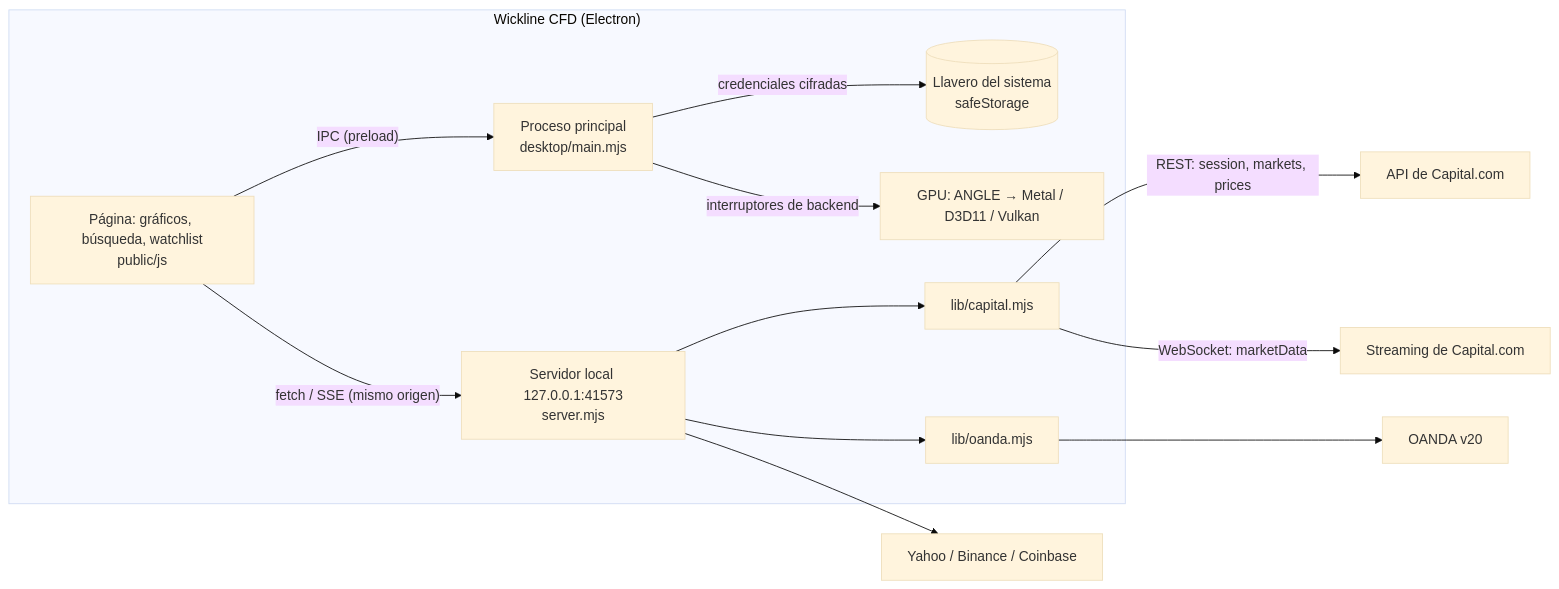
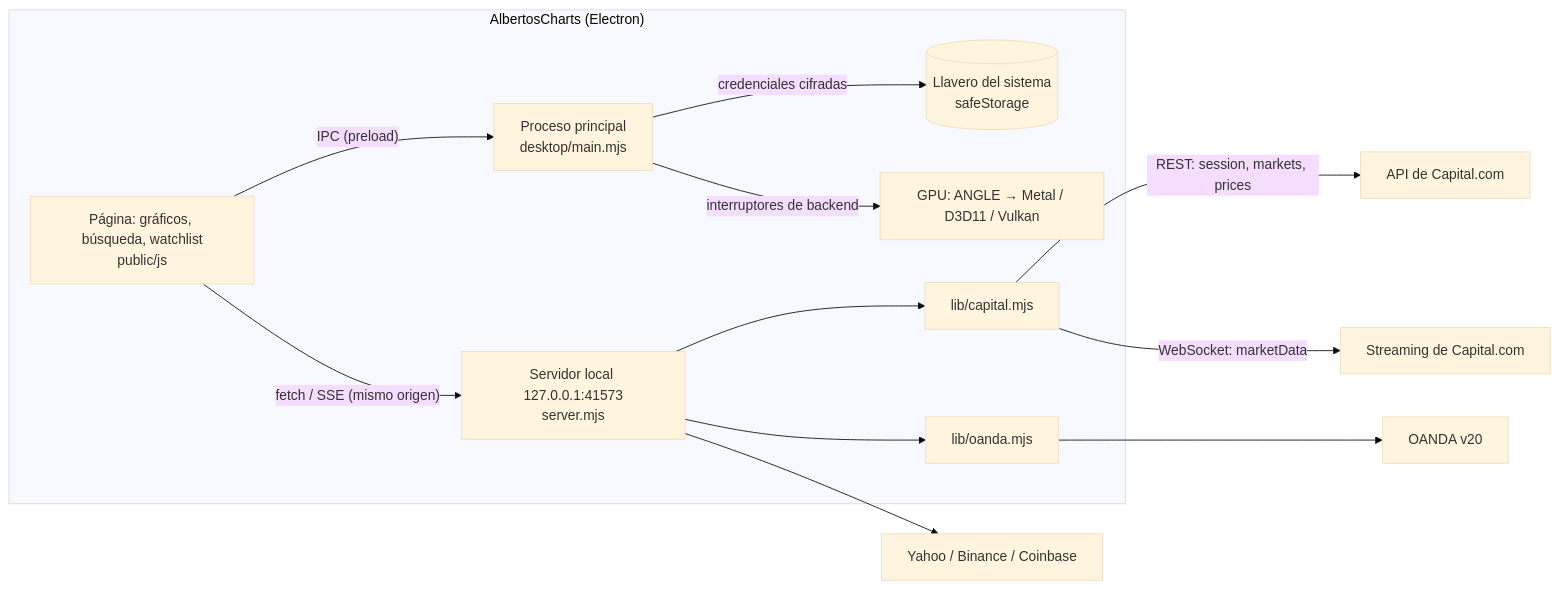
Before and after one commit to LucasAlbertodev/trading-app-chart: the diagram in README.es.md, drawn with Mermaid (base theme). The commit also changed other lines of this file and 26 other files, not shown here.

````diff
--- a/README.es.md
+++ b/README.es.md
@@ -286,15 +339,15 @@
 ```mermaid
 flowchart LR
-  subgraph App["Wickline CFD (Electron)"]
+  subgraph App["AlbertosCharts (Electron)"]
     UI["Página: gráficos, búsqueda, watchlist<br/>public/js"] -->|"fetch / SSE (mismo origen)"| S["Servidor local 127.0.0.1:41573<br/>server.mjs"]
     UI -->|"IPC (preload)"| M["Proceso principal<br/>desktop/main.mjs"]
     M -->|"credenciales cifradas"| K[("Llavero del sistema<br/>safeStorage")]
     M -->|"interruptores de backend"| G["GPU: ANGLE → Metal / D3D11 / Vulkan"]
     S --> C["lib/capital.mjs"]
     S --> O["lib/oanda.mjs"]
   end
   C -->|"REST: session, markets, prices"| CR["API de Capital.com"]
   C -->|"WebSocket: marketData"| CW["Streaming de Capital.com"]
   O --> OA["OANDA v20"]
   S --> Y["Yahoo / Binance / Coinbase"]
 ```
````
